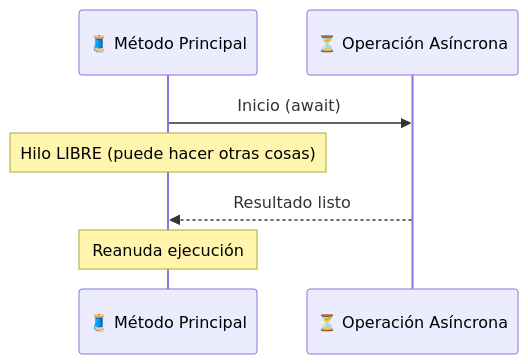
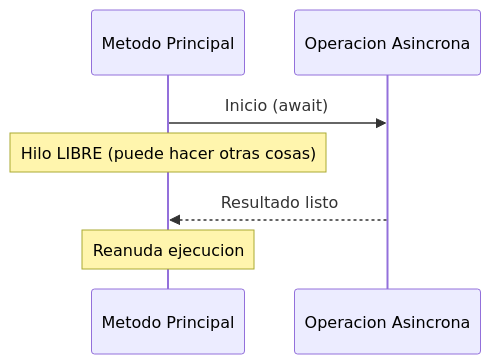
One commit to joseluisgs/DesarrolloWebEntornosServidor-01-2026-2027 changed diagram 15 of 19 in 16-concurrencia-asincronia.md. Above: the diagram before and after it, drawn with Mermaid. The commit also changed other lines of this file, not shown here.

First line of the commit message:
fix(UD01): eliminar style statements y emojis de sequenceDiagram en tema 16

````diff
--- a/16-concurrencia-asincronia.md
+++ b/16-concurrencia-asincronia.md
@@ -617,10 +599,10 @@
 ```mermaid
 sequenceDiagram
-    participant M as 🧵 Método Principal
-    participant A as ⏳ Operación Asíncrona
+    participant M as Metodo Principal
+    participant A as Operacion Asincrona
 
     M->>A: Inicio (await)
     Note over M: Hilo LIBRE (puede hacer otras cosas)
     A-->>M: Resultado listo
-    Note over M: Reanuda ejecución
+    Note over M: Reanuda ejecucion
 ```
````
